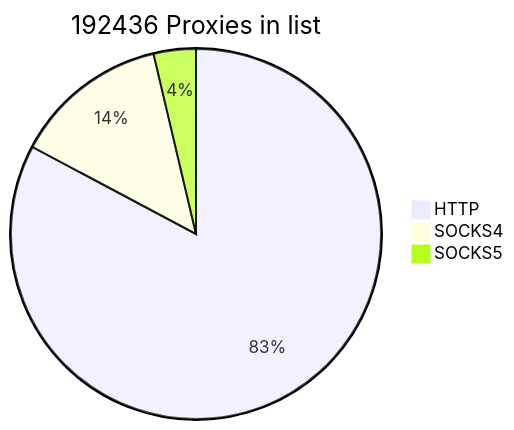
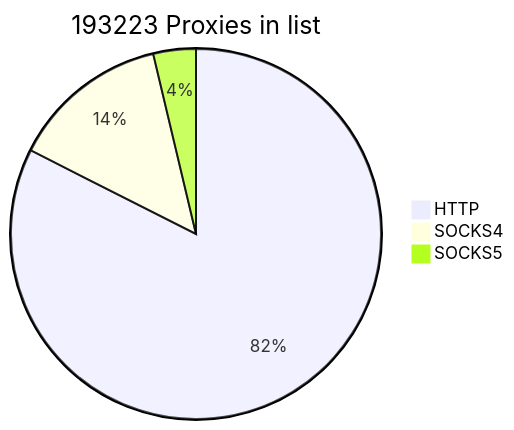
Before and after one commit to cutipu/proxylist: the first of 2 diagrams in README.md, drawn with Mermaid. The commit also changed other lines of this file, not shown here.

````diff
--- a/README.md
+++ b/README.md
@@ -2,7 +2,7 @@
 ```mermaid
-pie title 192436 Proxies in list
-    "HTTP" : 159301
-    "SOCKS4" : 26044
-    "SOCKS5" : 7091
+pie title 193223 Proxies in list
+    "HTTP" : 159331
+    "SOCKS4" : 26715
+    "SOCKS5" : 7177
             
 ```
````
